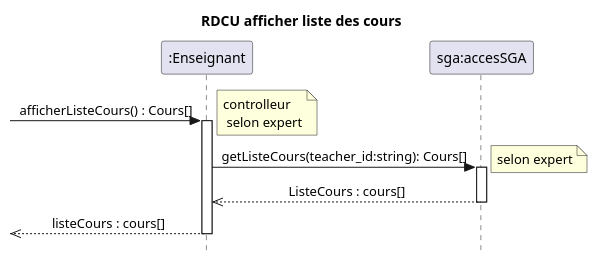
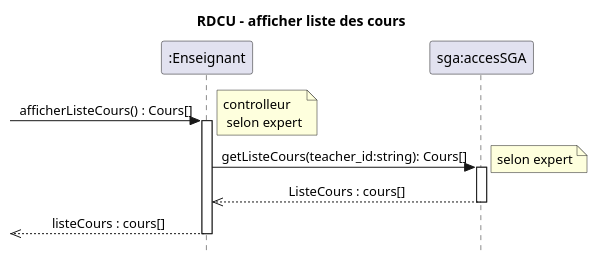
The diagram in docs/modeles/cu01/rdcu-afficherListeCours.puml (xMrYahya/moodle-clone), drawn with PlantUML before and after one commit. The commit also changed 4 other files, not shown here.

```diff
--- a/docs/modeles/cu01/rdcu-afficherListeCours.puml
+++ b/docs/modeles/cu01/rdcu-afficherListeCours.puml
@@ -1,21 +1,21 @@
 @startuml
-title RDCU afficher liste des cours
+title RDCU - afficher liste des cours
 skinparam Style strictuml
 skinparam sequenceMessageAlign center
 
 participant ":Enseignant"  as enseignant
 participant "sga:accesSGA" as sga
 
  -> enseignant : afficherListeCours() : Cours[]
 note right: controlleur \n selon expert
 activate enseignant
 enseignant -> sga : getListeCours(teacher_id:string): Cours[]
 note right: selon expert
 activate sga
 sga -->> enseignant : ListeCours : cours[]
 
 deactivate sga
  <<-- enseignant : listeCours : cours[] 
 
 deactivate enseignant
 @enduml
```
